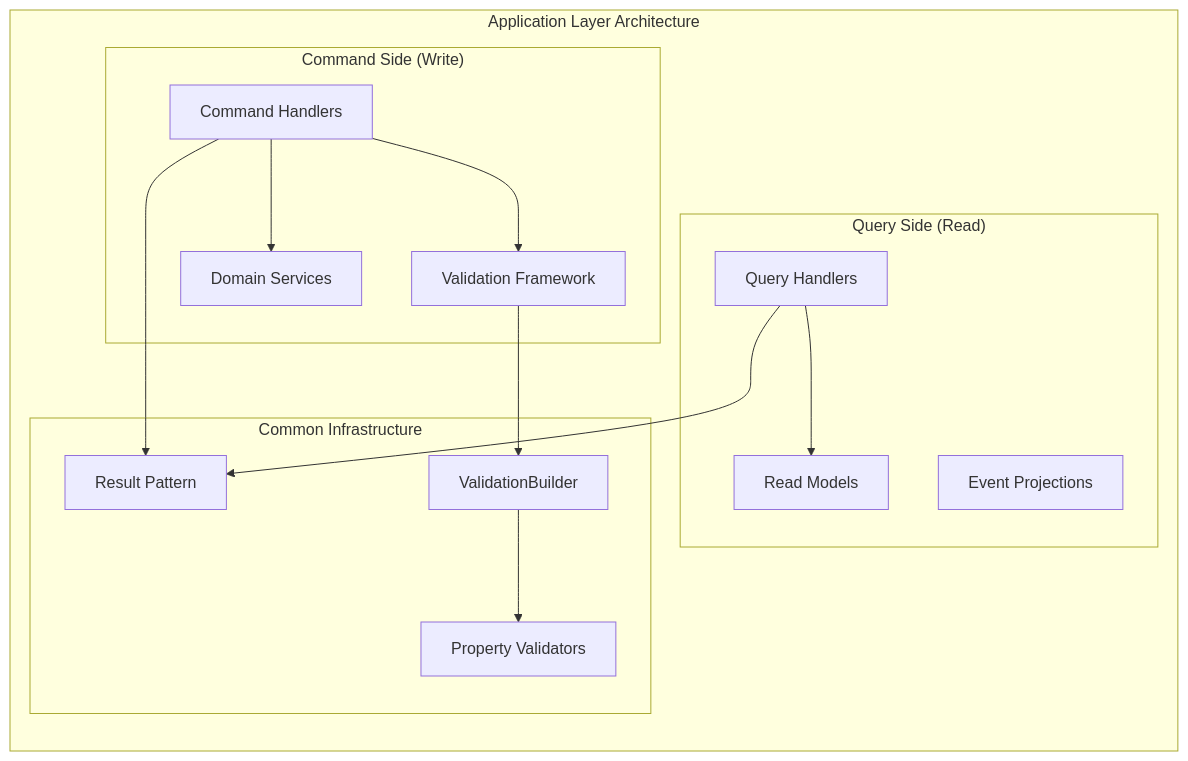
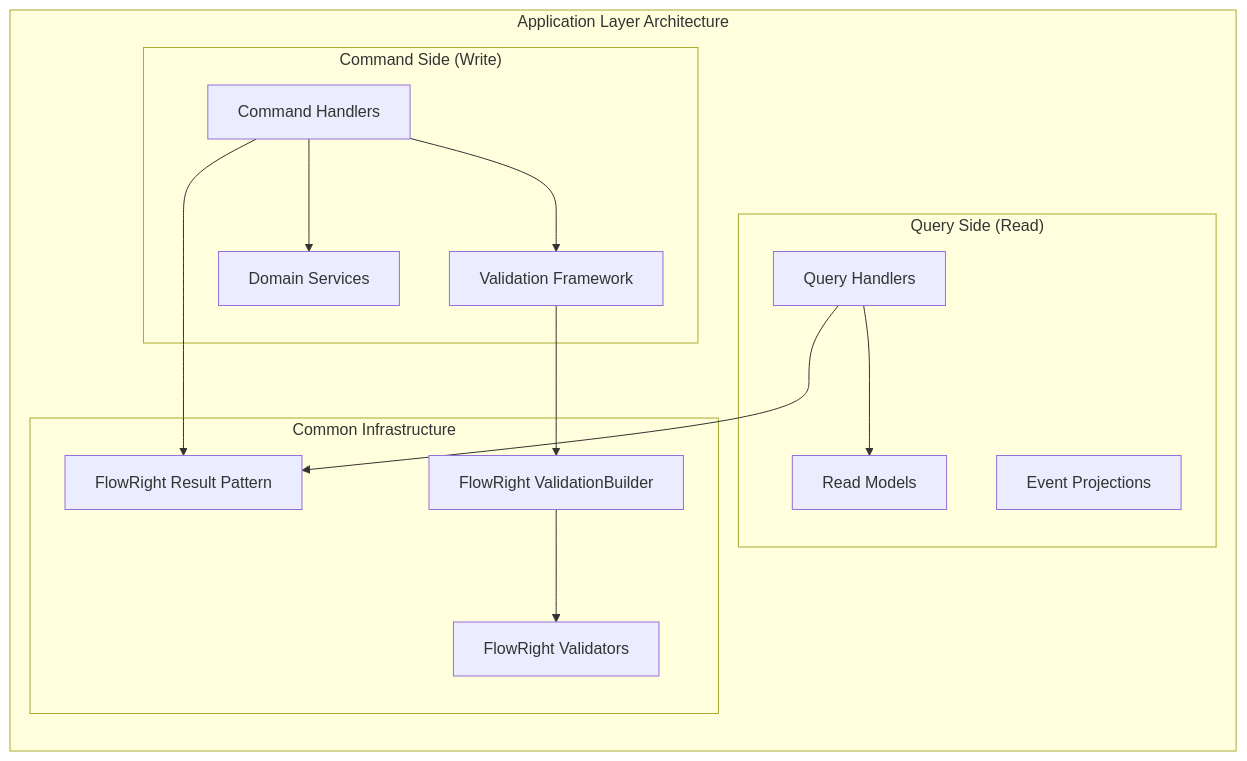
One commit to georgepharrison/ShadowrunGM changed the diagram in src/API/Application/README.md. Above: the diagram before and after it, drawn with Mermaid. The commit also changed other lines of this file and 66 other files, not shown here.

First line of the commit message:
refactor: replace ShadowrunGM Result classes with FlowRight libraries

````diff
--- a/src/API/Application/README.md
+++ b/src/API/Application/README.md
@@ -7,32 +7,32 @@
 ```mermaid
 flowchart TB
     subgraph "Application Layer Architecture"
         direction TB
         
         subgraph Commands["Command Side (Write)"]
             CommandHandlers["Command Handlers"]
             Validation["Validation Framework"]
             DomainServices["Domain Services"]
         end
         
         subgraph Queries["Query Side (Read)"]
             QueryHandlers["Query Handlers"]
             ReadModels["Read Models"]
             Projections["Event Projections"]
         end
         
         subgraph Common["Common Infrastructure"]
-            ResultPattern["Result<T> Pattern"]
-            ValidationBuilder["ValidationBuilder<T>"]
-            PropertyValidators["Property Validators"]
+            ResultPattern["FlowRight Result<T> Pattern"]
+            ValidationBuilder["FlowRight ValidationBuilder<T>"]
+            PropertyValidators["FlowRight Validators"]
         end
         
         CommandHandlers --> Validation
         CommandHandlers --> DomainServices
         CommandHandlers --> ResultPattern
         Validation --> ValidationBuilder
         ValidationBuilder --> PropertyValidators
         QueryHandlers --> ReadModels
         QueryHandlers --> ResultPattern
     end
 ```
````
